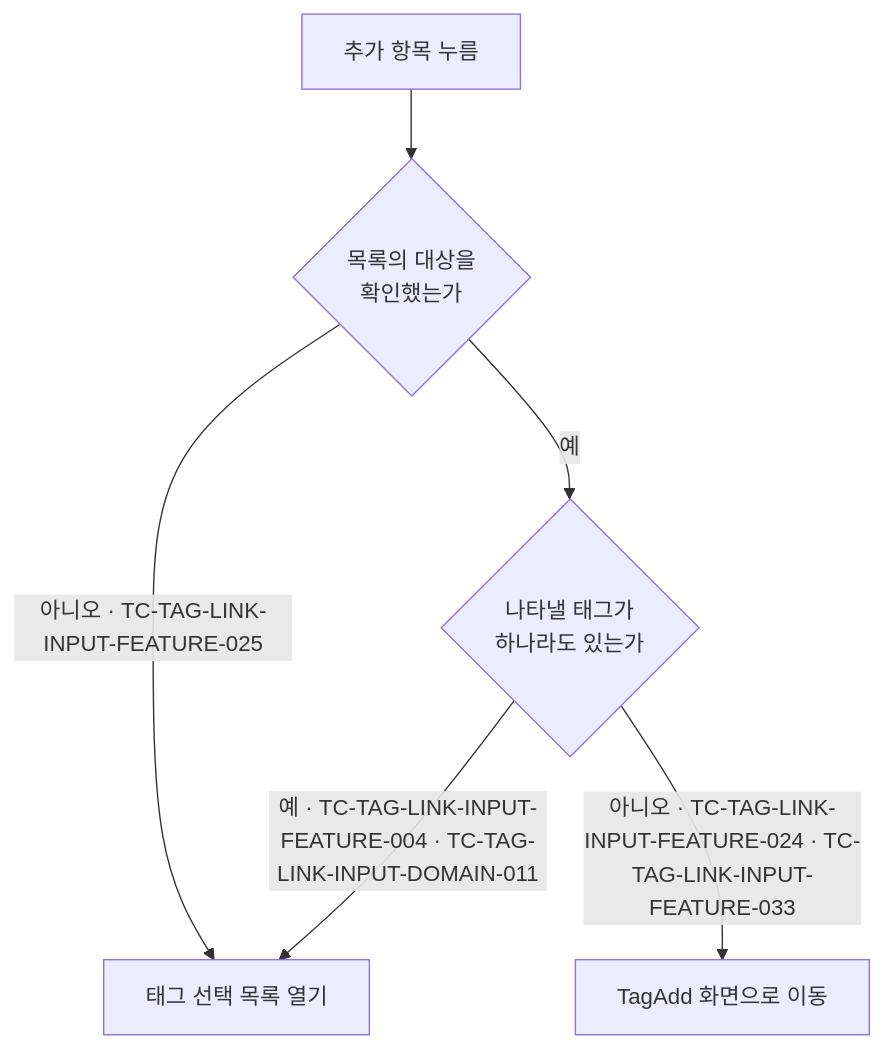
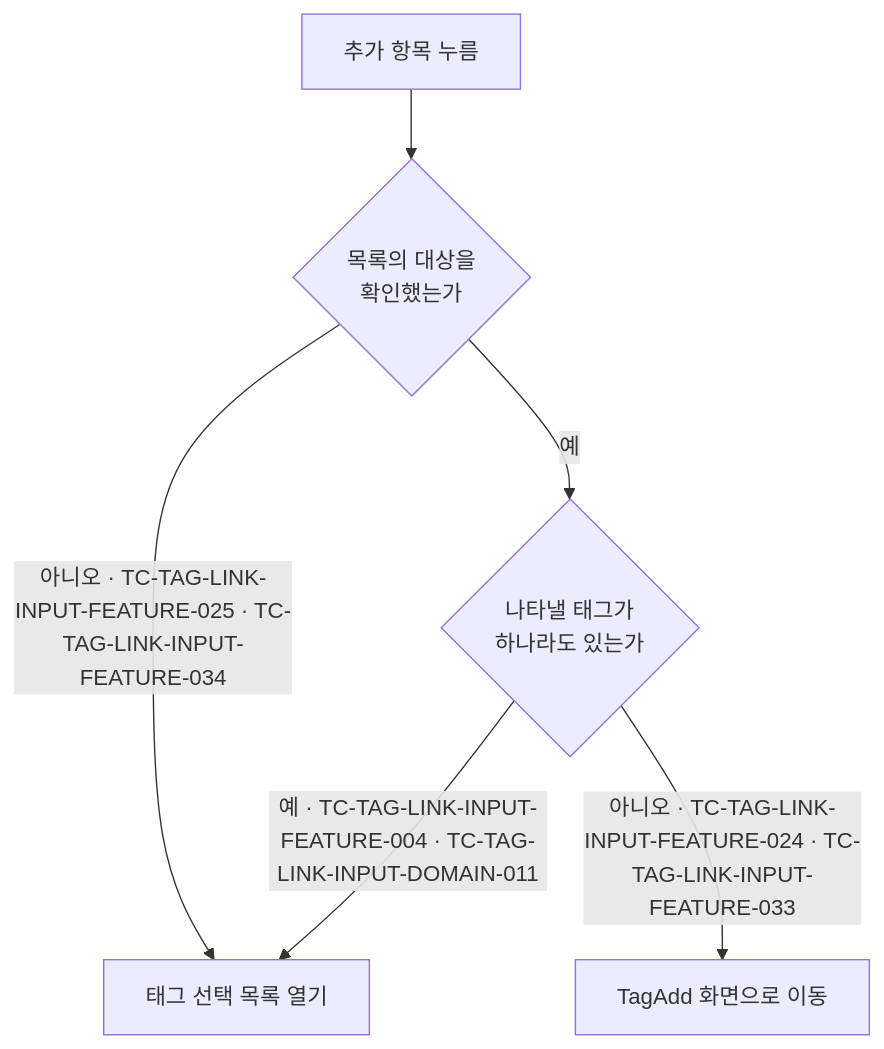
Before and after one commit to taetae98coding/DiaryKMP: the diagram in docs/testcase/tag-link-input.md, drawn with Mermaid. The commit also changed other lines of this file and 130 other files, not shown here.

````diff
--- a/docs/testcase/tag-link-input.md
+++ b/docs/testcase/tag-link-input.md
@@ -44,8 +44,8 @@
 ```mermaid
 flowchart TD
     Click["추가 항목 누름"] --> Ready{"목록의 대상을<br/>확인했는가"}
-    Ready -- "아니오 · TC-TAG-LINK-INPUT-FEATURE-025" --> Open["태그 선택 목록 열기"]
+    Ready -- "아니오 · TC-TAG-LINK-INPUT-FEATURE-025 · TC-TAG-LINK-INPUT-FEATURE-034" --> Open["태그 선택 목록 열기"]
     Ready -- 예 --> Any{"나타낼 태그가<br/>하나라도 있는가"}
     Any -- "예 · TC-TAG-LINK-INPUT-FEATURE-004 · TC-TAG-LINK-INPUT-DOMAIN-011" --> Open
     Any -- "아니오 · TC-TAG-LINK-INPUT-FEATURE-024 · TC-TAG-LINK-INPUT-FEATURE-033" --> Move["TagAdd 화면으로 이동"]
 ```
````
